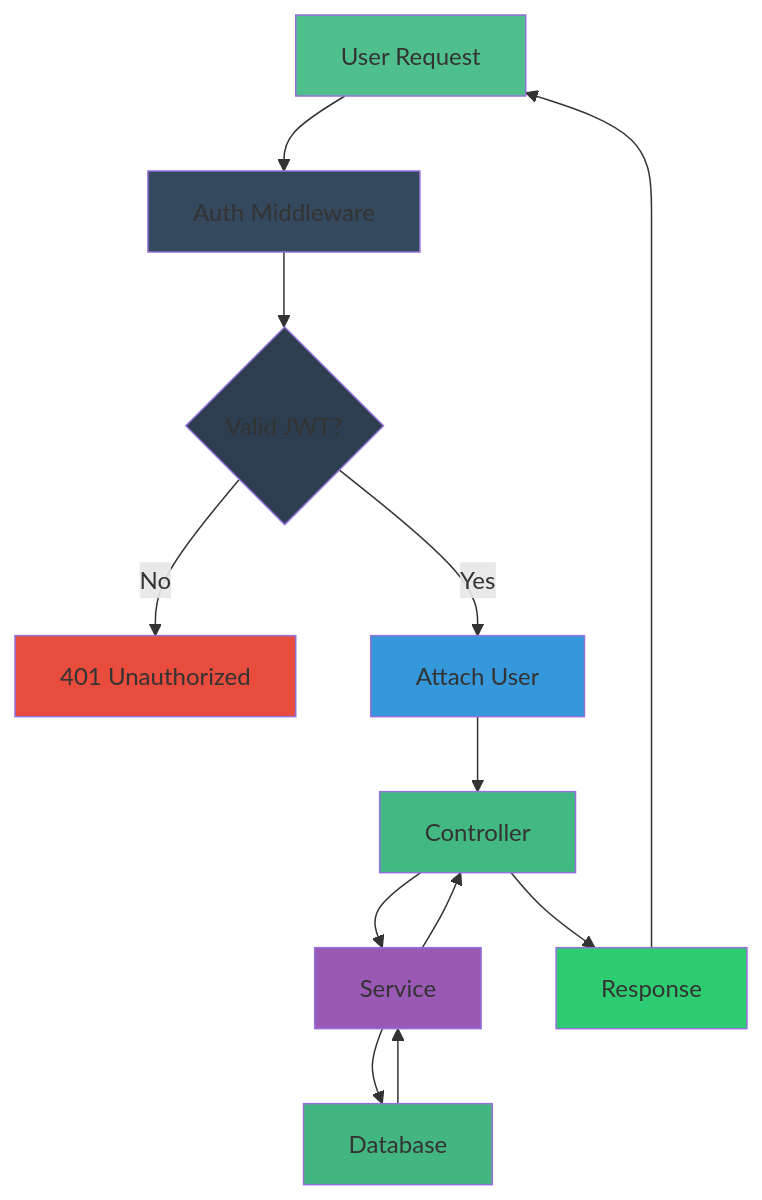
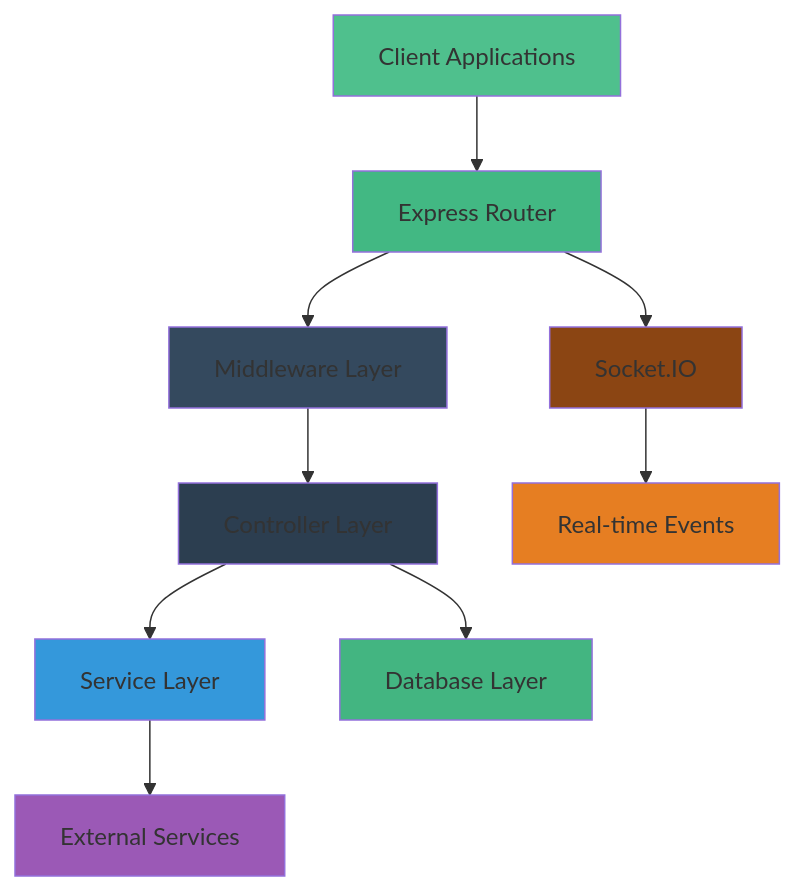
The first of 2 diagrams in backend/README.md (Mausam5055/Connect-Flow-V03), drawn with Mermaid before and after one commit. The commit also changed 2 other files, not shown here.

````diff
--- a/backend/README.md
+++ b/backend/README.md
@@ -92,24 +45,22 @@
 ```mermaid
-flowchart TD
-    A[User Request] --> B[Auth Middleware]
-    B --> C{Valid JWT?}
-    C -->|No| D[401 Unauthorized]
-    C -->|Yes| E[Attach User]
-    E --> F[Controller]
-    F --> G[Service]
-    G --> H[Database]
-    H --> G
-    G --> F
-    F --> I[Response]
-    I --> A
+graph TD
+    A[Client Applications] --> B[Express Router]
+    B --> C[Middleware Layer]
+    C --> D[Controller Layer]
+    D --> E[Service Layer]
+    D --> F[Database Layer]
+    E --> G[External Services]
+    
+    B --> H[Socket.IO]
+    H --> I[Real-time Events]
     
     style A fill:#4FC08D
-    style B fill:#34495e
-    style C fill:#2c3e50
-    style D fill:#e74c3c
+    style B fill:#42b883
+    style C fill:#34495e
+    style D fill:#2c3e50
     style E fill:#3498db
-    style F fill:#42b883
+    style F fill:#43b581
     style G fill:#9b59b6
-    style H fill:#43b581
-    style I fill:#2ecc71
+    style H fill:#8B4513
+    style I fill:#e67e22
 ```
````
